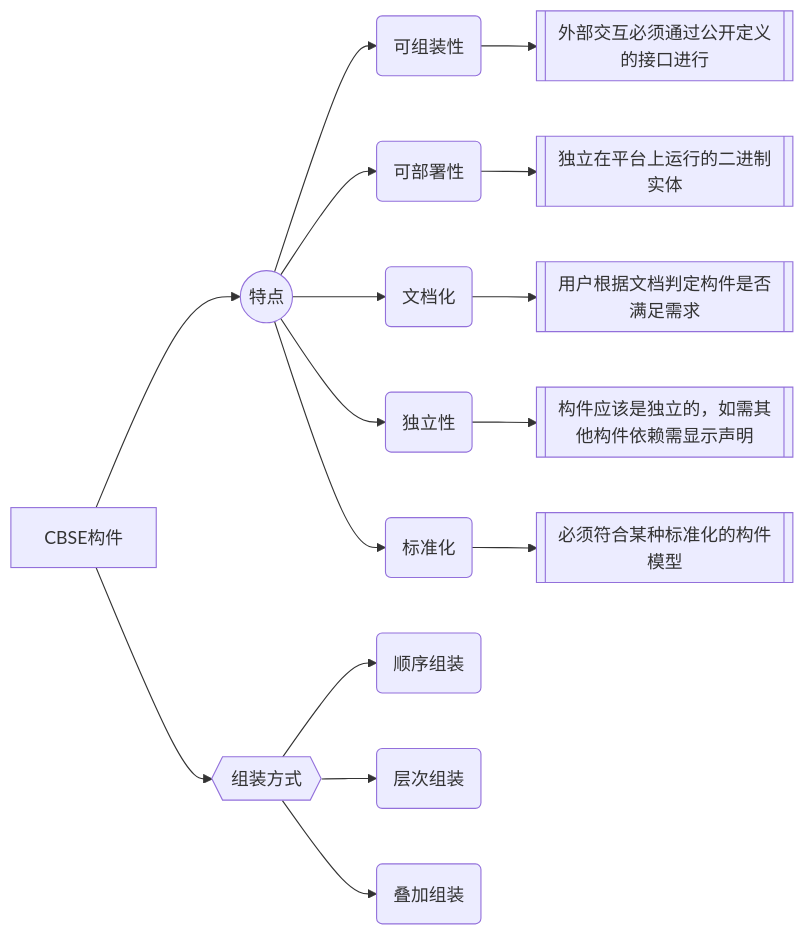
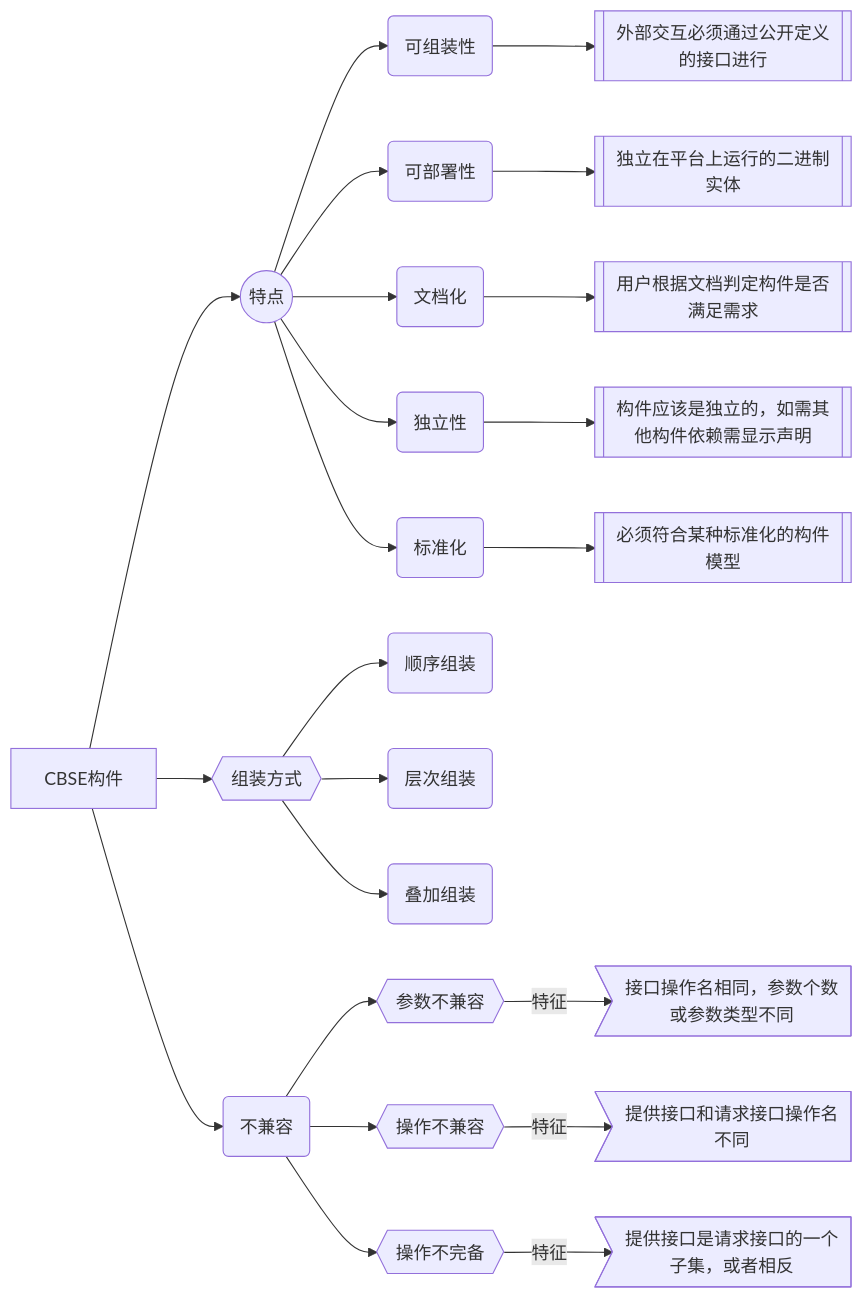
One commit to 290044632/bookmark changed the second of 2 diagrams in 软考复习/CBSE基于构件的软件工程.md. Above: the diagram before and after it, drawn with Mermaid.

Commit message:
更新文档

````diff
--- a/软考复习/CBSE基于构件的软件工程.md
+++ b/软考复习/CBSE基于构件的软件工程.md
@@ -18,19 +18,27 @@
 ```mermaid
 flowchart LR
 A["CBSE构件"]
 A-->A1(("特点"))
 A1-->A11("可组装性")
 A11-->A111[["外部交互必须通过公开定义的接口进行"]]
 A1-->A12("可部署性")
 A12-->A121[["独立在平台上运行的二进制实体"]]
 A1-->A13("文档化")
 A13-->A131[["用户根据文档判定构件是否满足需求"]]
 A1-->A14("独立性")
 A14-->A141[["构件应该是独立的，如需其他构件依赖需显示声明"]]
 A1-->A15("标准化")
 A15-->A151[["必须符合某种标准化的构件模型"]]
 A-->A2{{"组装方式"}}
 A2-->A21("顺序组装")
 A2-->A22("层次组装")
 A2-->A23("叠加组装")
+
+A-->A3("不兼容")
+A3-->A31{{"参数不兼容"}}
+A31-->|特征|A311>"接口操作名相同，参数个数或参数类型不同"]
+A3-->A32{{"操作不兼容"}}
+A32-->|特征|A321>"提供接口和请求接口操作名不同"]
+A3-->A33{{"操作不完备"}}
+A33-->|特征|A331>"提供接口是请求接口的一个子集，或者相反"]
 ```
````
